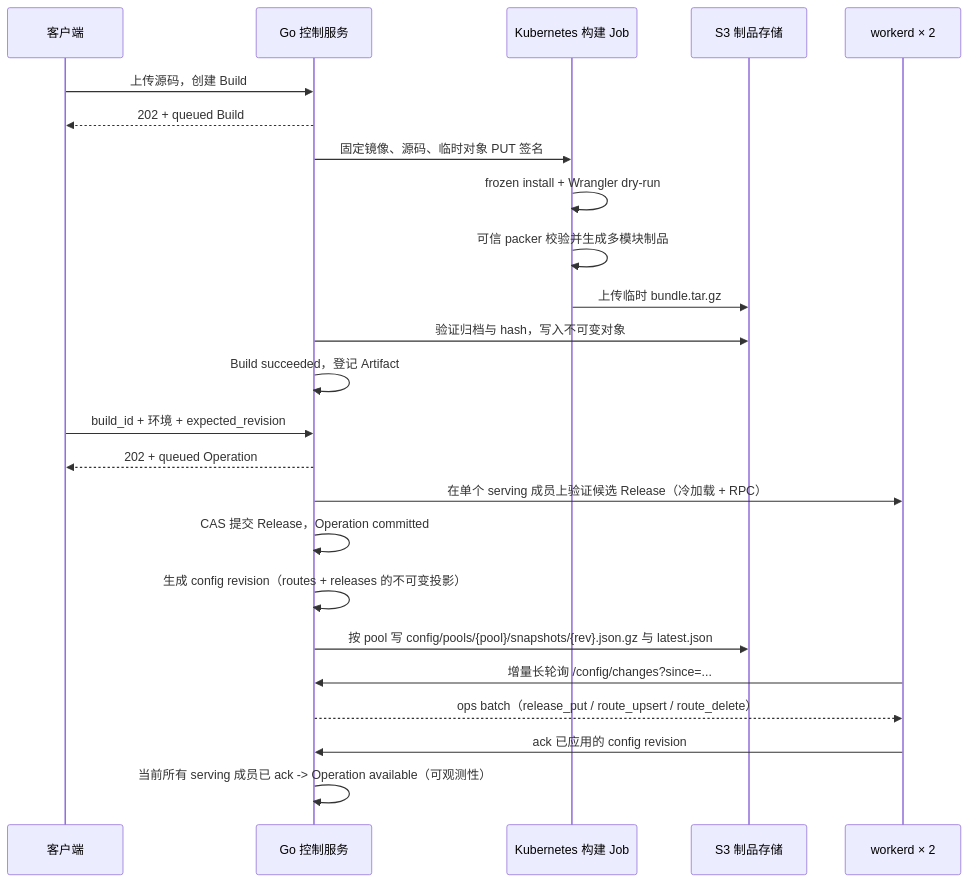
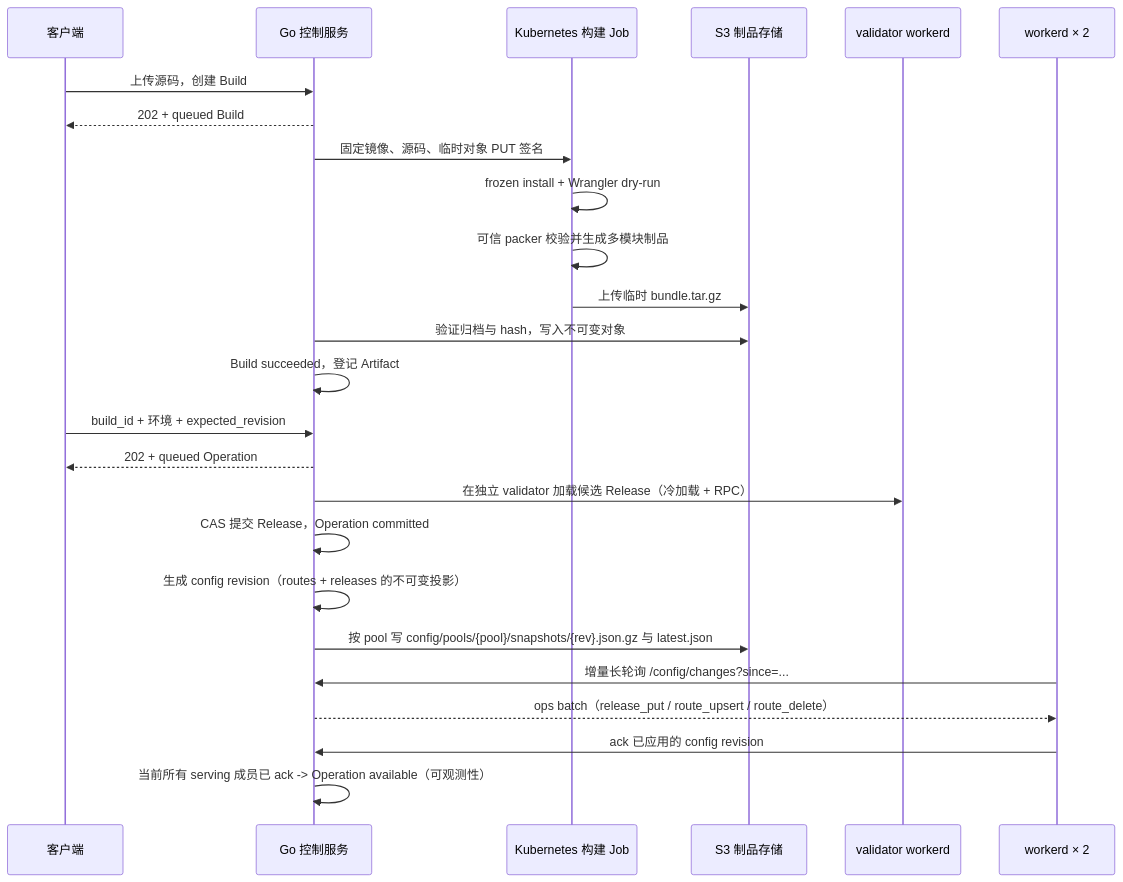
One commit to krun-dev/krun changed the diagram in docs/workers-backend.md. Above: the diagram before and after it, drawn with Mermaid. The commit also changed other lines of this file and 28 other files, not shown here.

````diff
--- a/docs/workers-backend.md
+++ b/docs/workers-backend.md
@@ -14,26 +14,27 @@
 ```mermaid
 sequenceDiagram
     participant C as 客户端
     participant A as Go 控制服务
     participant J as Kubernetes 构建 Job
     participant S as S3 制品存储
+    participant V as validator workerd
     participant W as workerd × 2
     C->>A: 上传源码，创建 Build
     A-->>C: 202 + queued Build
     A->>J: 固定镜像、源码、临时对象 PUT 签名
     J->>J: frozen install + Wrangler dry-run
     J->>J: 可信 packer 校验并生成多模块制品
     J->>S: 上传临时 bundle.tar.gz
     A->>S: 验证归档与 hash，写入不可变对象
     A->>A: Build succeeded，登记 Artifact
     C->>A: build_id + 环境 + expected_revision
     A-->>C: 202 + queued Operation
-    A->>W: 在单个 serving 成员上验证候选 Release（冷加载 + RPC）
+    A->>V: 在独立 validator 加载候选 Release（冷加载 + RPC）
     A->>A: CAS 提交 Release，Operation committed
     A->>A: 生成 config revision（routes + releases 的不可变投影）
     A->>S: 按 pool 写 config/pools/{pool}/snapshots/{rev}.json.gz 与 latest.json
     W->>A: 增量长轮询 /config/changes?since=...
     A-->>W: ops batch（release_put / route_upsert / route_delete）
     W->>A: ack 已应用的 config revision
     A->>A: 当前所有 serving 成员已 ack -> Operation available（可观测性）
 ```
````
